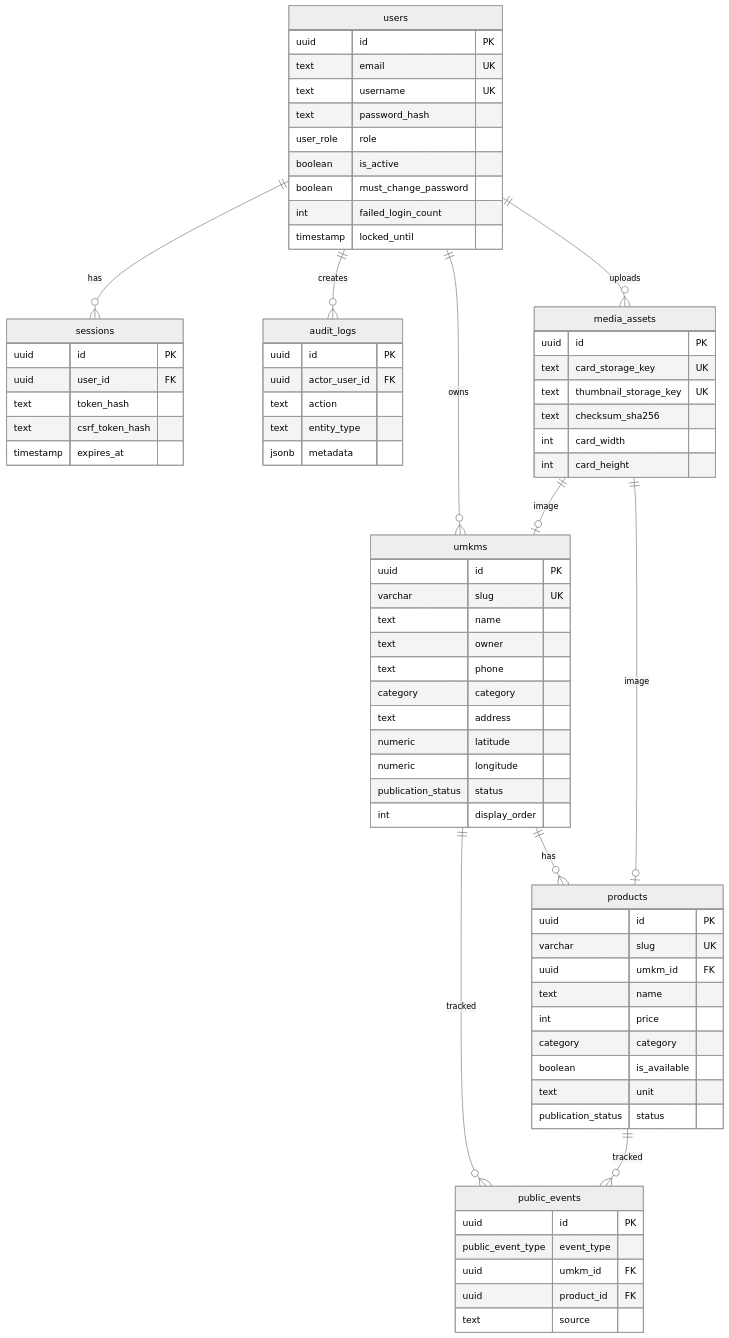
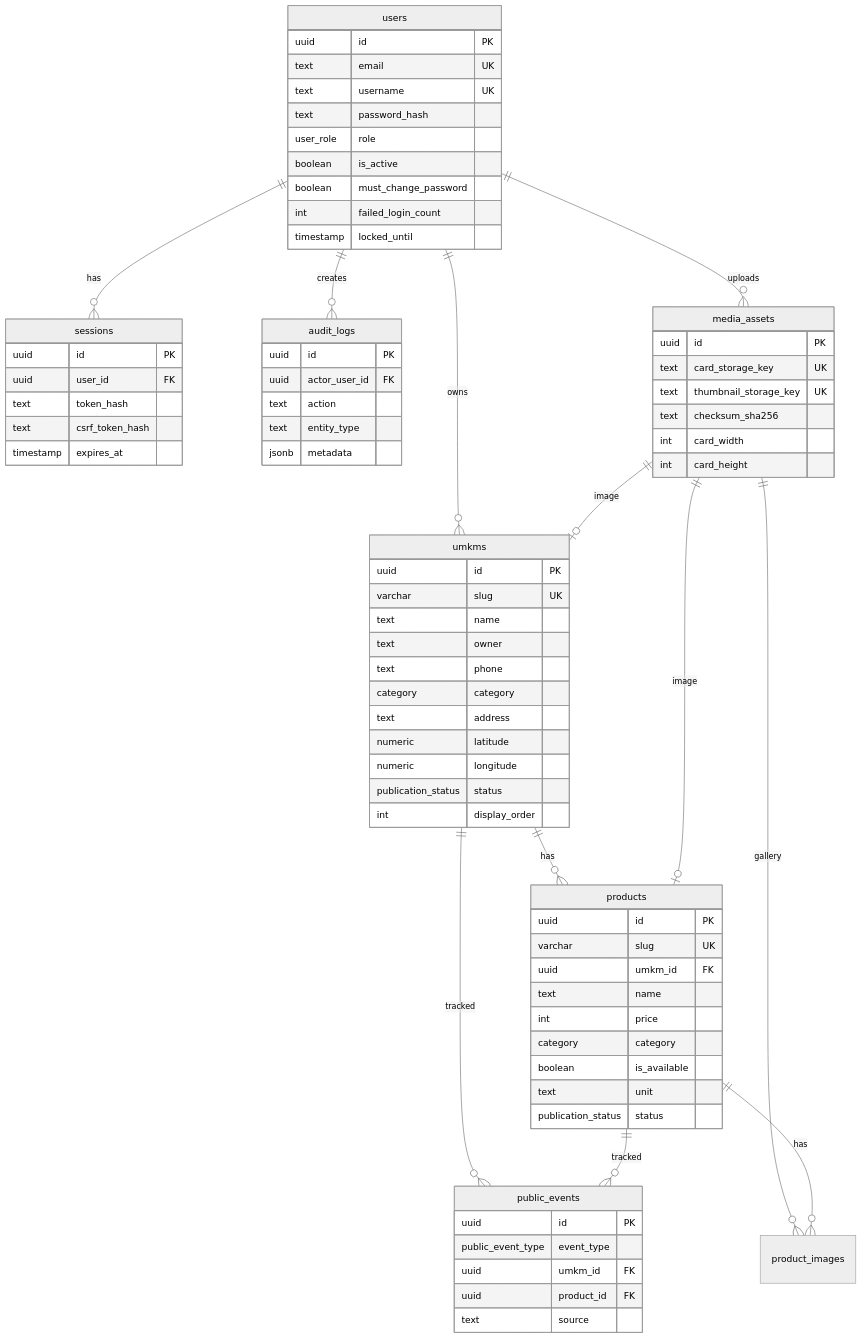
Before and after one commit to michaelxdips/LoningMarketplace: the second of 4 diagrams in README.md, drawn with Mermaid (neutral theme). The commit also changed other lines of this file, not shown here.

```diff
--- a/README.md
+++ b/README.md
@@ -484,6 +484,8 @@
     products ||--o{ public_events : "tracked"
     media_assets ||--o| umkms : "image"
     media_assets ||--o| products : "image"
+    media_assets ||--o{ product_images : "gallery"
+    products ||--o{ product_images : "has"
 
     users {
         uuid id PK
```
